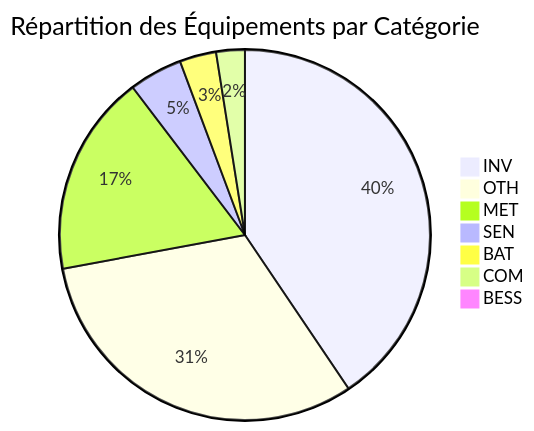
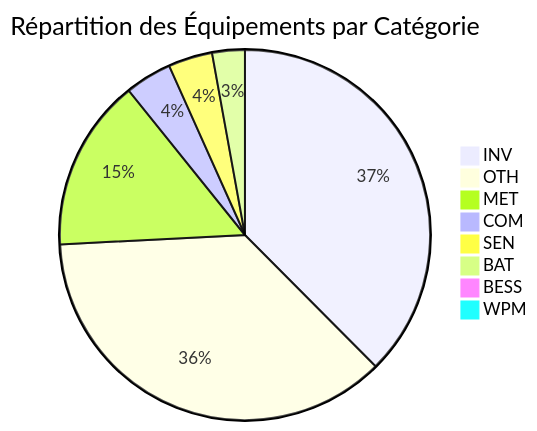
Before and after one commit to Cylae/DefFileGenerator: the diagram in docs/RAPPORT_TECHNIQUE_GENERATION_DEFINITIONS.md, drawn with Mermaid. The commit also changed other lines of this file and 1 other file, not shown here.

````diff
--- a/docs/RAPPORT_TECHNIQUE_GENERATION_DEFINITIONS.md
+++ b/docs/RAPPORT_TECHNIQUE_GENERATION_DEFINITIONS.md
@@ -13,13 +13,16 @@
 ```mermaid
 pie title Répartition des Équipements par Catégorie
-    "INV" : 584
-    "OTH" : 454
-    "MET" : 253
-    "SEN" : 67
-    "BAT" : 46
-    "COM" : 36
+    "INV" : 672
+    "OTH" : 656
+    "MET" : 269
+    "COM" : 73
+    "SEN" : 69
+    "BAT" : 51
     "BESS" : 14
     "BESS" : 13
     "BESS" : 4
+    "BESS" : 4
+    "BESS" : 3
     "BESS" : 1
+    "WPM" : 1
 ```
````
